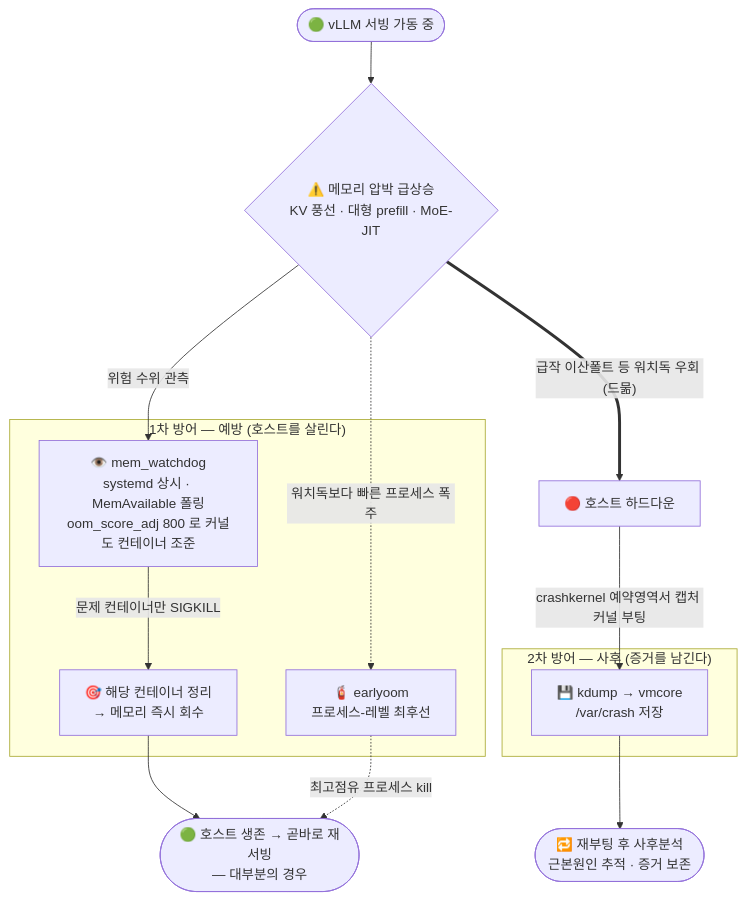
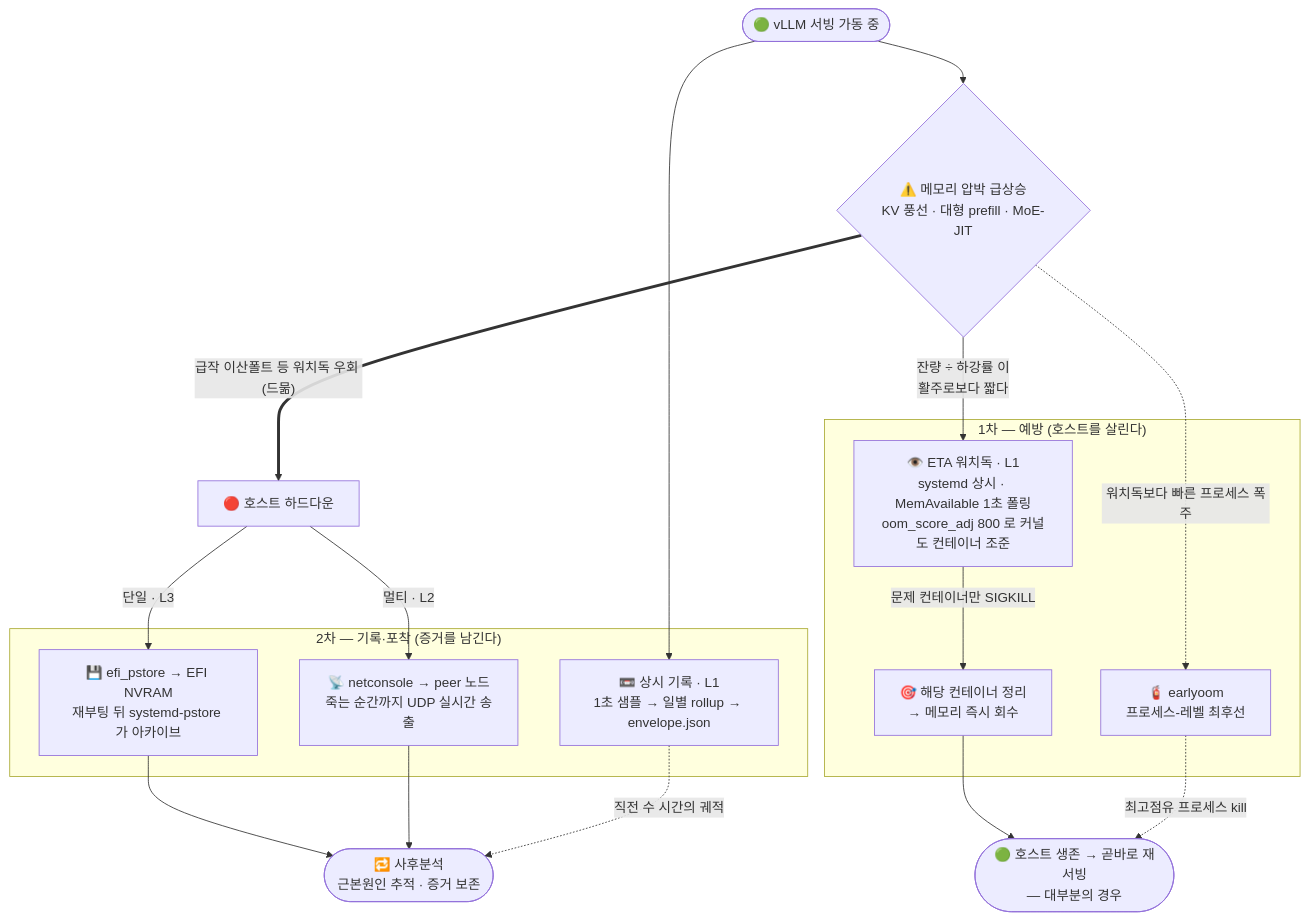
One commit to tbvjvsladla/easy_vllm_simulator changed the third of 7 diagrams in README.md. Above: the diagram before and after it, drawn with Mermaid. The commit also changed other lines of this file, not shown here.

First line of the commit message:
docs(README): 노드블랙박스 절 신설 + kdump 서사 반증 반영 + 기존 PII 1건 제거

````diff
--- a/README.md
+++ b/README.md
@@ -202,24 +211,30 @@
 ```mermaid
 flowchart TD
-    START(["🟢 vLLM 서빙 가동 중"]) --> SPIKE{"⚠️ 메모리 압박 급상승<br/>KV 풍선 · 대형 prefill · MoE-JIT"}
+    START(["🟢 vLLM 서빙 가동 중"]) --> REC["📼 상시 기록 · L1<br/>1초 샘플 → 일별 rollup → envelope.json"]
+    START --> SPIKE{"⚠️ 메모리 압박 급상승<br/>KV 풍선 · 대형 prefill · MoE-JIT"}
 
-    SPIKE -- "위험 수위 관측" --> WD["👁️ mem_watchdog<br/>systemd 상시 · MemAvailable 폴링<br/>oom_score_adj 800 로 커널도 컨테이너 조준"]
+    SPIKE -- "잔량 ÷ 하강률 이<br/>활주로보다 짧다" --> WD["👁️ ETA 워치독 · L1<br/>systemd 상시 · MemAvailable 1초 폴링<br/>oom_score_adj 800 로 커널도 컨테이너 조준"]
     WD -- "문제 컨테이너만 SIGKILL" --> KILL["🎯 해당 컨테이너 정리<br/>→ 메모리 즉시 회수"]
     KILL --> SURVIVE(["🟢 호스트 생존 → 곧바로 재서빙<br/>— 대부분의 경우"])
 
     SPIKE -. "워치독보다 빠른 프로세스 폭주" .-> EO["🧯 earlyoom<br/>프로세스-레벨 최후선"]
     EO -. "최고점유 프로세스 kill" .-> SURVIVE
 
     SPIKE == "급작 이산폴트 등 워치독 우회 (드묾)" ==> DOWN["🔴 호스트 하드다운"]
-    DOWN -- "crashkernel 예약영역서 캡처 커널 부팅" --> KDUMP["💾 kdump → vmcore<br/>/var/crash 저장"]
-    KDUMP --> ANALYZE(["🔁 재부팅 후 사후분석<br/>근본원인 추적 · 증거 보존"])
+    DOWN -- "단일 · L3" --> PS["💾 efi_pstore → EFI NVRAM<br/>재부팅 뒤 systemd-pstore 가 아카이브"]
+    DOWN -- "멀티 · L2" --> NC["📡 netconsole → peer 노드<br/>죽는 순간까지 UDP 실시간 송출"]
+    PS --> ANALYZE(["🔁 사후분석<br/>근본원인 추적 · 증거 보존"])
+    NC --> ANALYZE
+    REC -. "직전 수 시간의 궤적" .-> ANALYZE
 
-    subgraph L1 ["1차 방어 — 예방 (호스트를 살린다)"]
+    subgraph L1G ["1차 — 예방 (호스트를 살린다)"]
         WD
         KILL
         EO
     end
-    subgraph L2 ["2차 방어 — 사후 (증거를 남긴다)"]
-        KDUMP
+    subgraph L2G ["2차 — 기록·포착 (증거를 남긴다)"]
+        REC
+        PS
+        NC
     end
 ```
````
